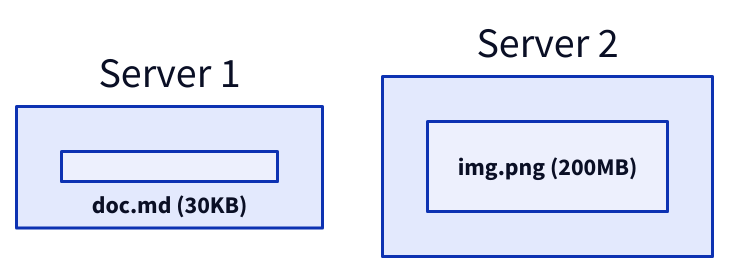
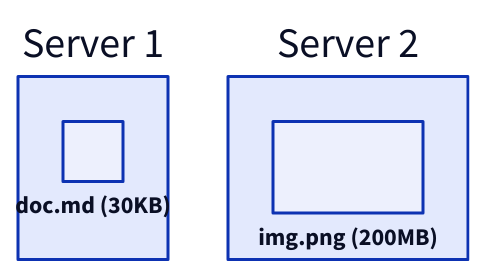
The sixth of 17 diagrams in content/data-persistence/media-storage.md (link1905/system-design-101), drawn with D2 before and after one commit. The commit also changed other lines of this file and 42 other files, not shown here.

````diff
--- a/content/data-persistence/media-storage.md
+++ b/content/data-persistence/media-storage.md
@@ -173,14 +180,16 @@
 ```d2
+grid-rows: 1
 s1: Server 1 {
   "doc.md (30KB)" {
     class: file
-    height: 20
+    width: 40
+    height: 40
   }
 }
 s2: Server 2 {
   "img.png (200MB)" {
     class: file
-    height: 60
+    width: 100
   }
 }
 ```
````
